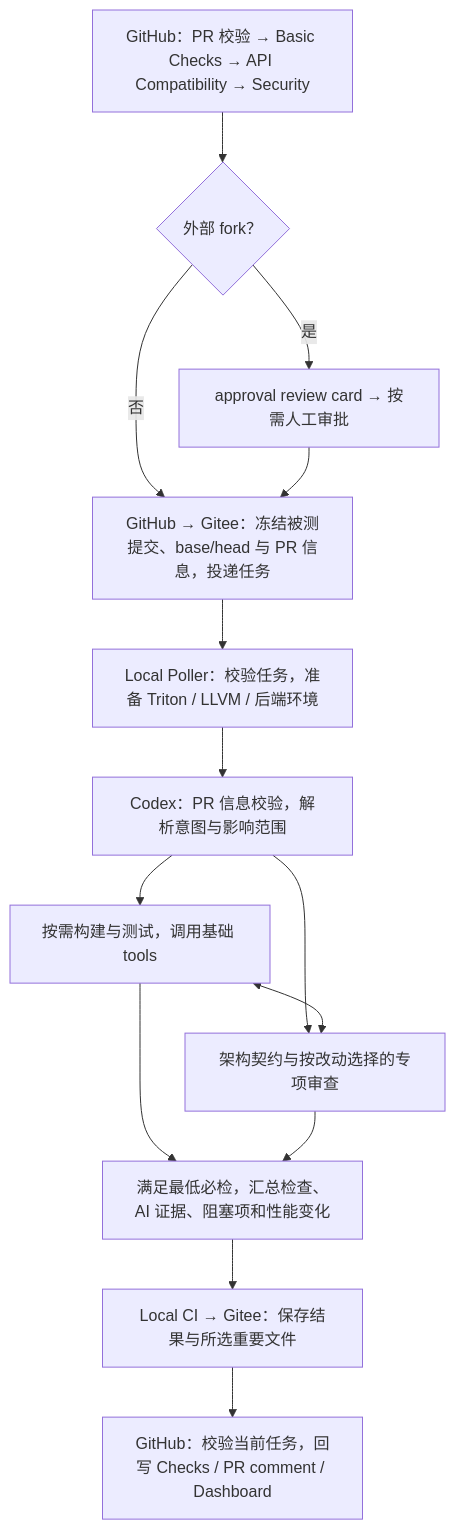
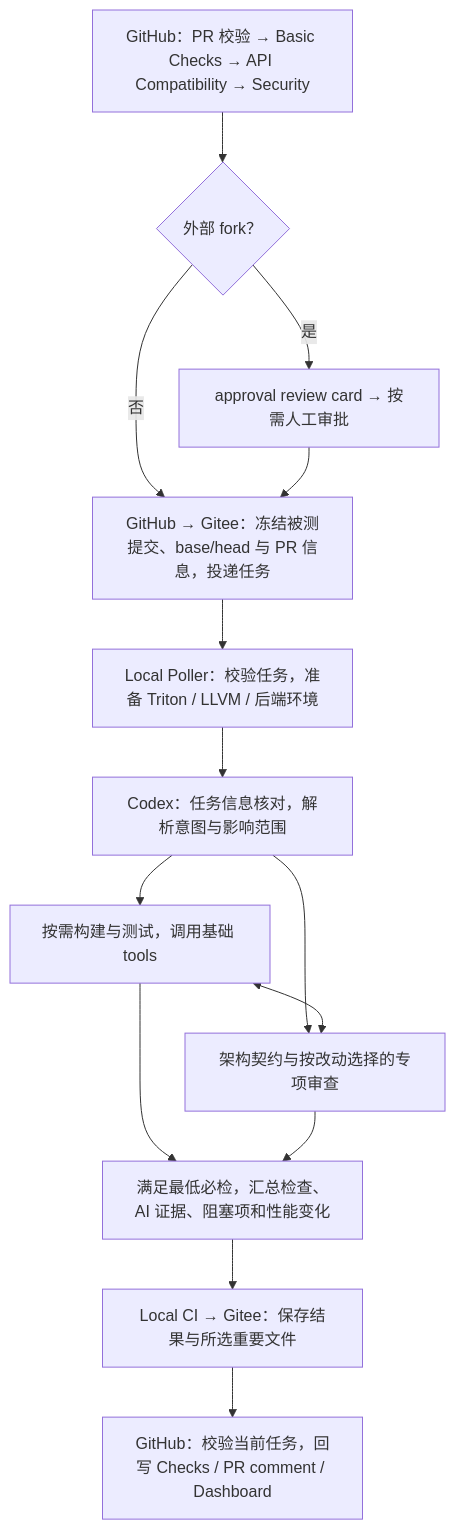
One commit to likehupochuan/triton-anchor changed the diagram in scripts/local_ci/README.md. Above: the diagram before and after it, drawn with Mermaid. The commit also changed other lines of this file and 25 other files, not shown here.

````diff
--- a/scripts/local_ci/README.md
+++ b/scripts/local_ci/README.md
@@ -8,16 +8,16 @@
 ```mermaid
 flowchart TD
   A[GitHub：PR 校验 → Basic Checks → API Compatibility → Security] --> B{外部 fork？}
   B -- 否 --> C[GitHub → Gitee：冻结被测提交、base/head 与 PR 信息，投递任务]
   B -- 是 --> R[approval review card → 按需人工审批]
   R --> C
   C --> D[Local Poller：校验任务，准备 Triton / LLVM / 后端环境]
-  D --> E[Codex：PR 信息校验，解析意图与影响范围]
+  D --> E[Codex：任务信息核对，解析意图与影响范围]
   E --> F[按需构建与测试，调用基础 tools]
   E --> G[架构契约与按改动选择的专项审查]
   F <--> G
   F --> H[满足最低必检，汇总检查、AI 证据、阻塞项和性能变化]
   G --> H
   H --> I[Local CI → Gitee：保存结果与所选重要文件]
   I --> J[GitHub：校验当前任务，回写 Checks / PR comment / Dashboard]
 ```
````
